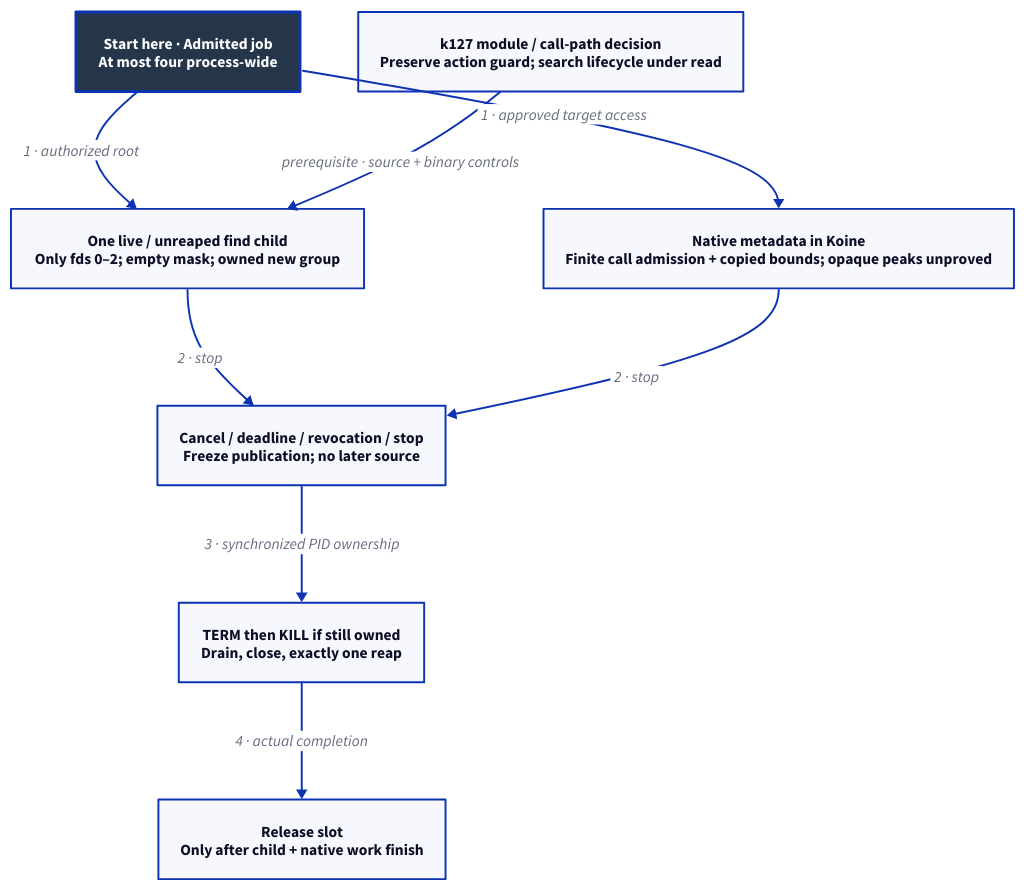
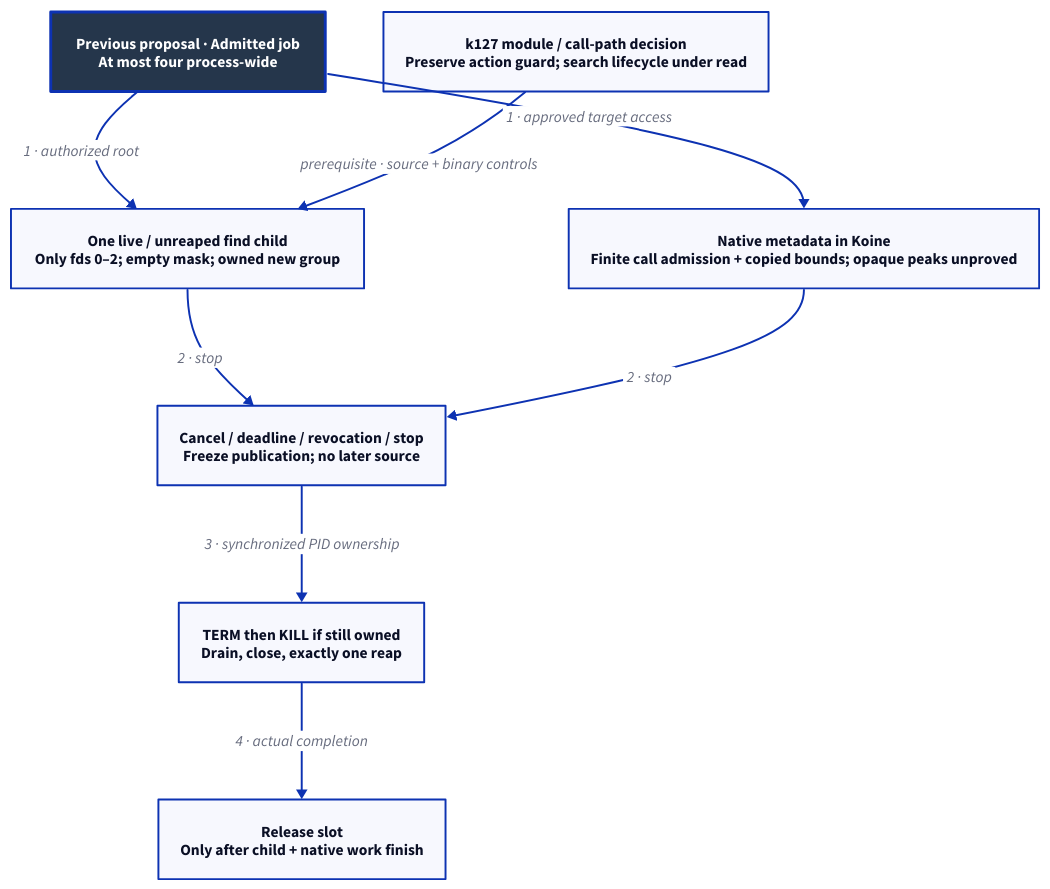
Before and after one commit to Linkuistics/Koine: the diagram in docs/design/architecture/search-resources.d2, drawn with D2. The commit also changed 138 other files, not shown here.

First line of the commit message:
Move raw search to clients and define v1 native discovery (search-tool-permissions-k196)

```diff
--- a/docs/design/architecture/search-resources.d2
+++ b/docs/design/architecture/search-resources.d2
@@ -1,19 +1,19 @@
-# Selected mechanism, subject to human choices/review/native acceptance.
+# Previous raw-search proposal only; not the current v1 API or backend.
 direction: down
 classes: {
   start: {style: {fill: "#25364B"; font-color: "#FFFFFF"; bold: true; stroke-width: 3}}
 }
-Start: "Start here · Admitted job\nAt most four process-wide" {class: start}
+Start: "Previous proposal · Admitted job\nAt most four process-wide" {class: start}
 Child: "One live / unreaped find child\nOnly fds 0–2; empty mask; owned new group"
 Native: "Native metadata in Koine\nFinite call admission + copied bounds; opaque peaks unproved"
 Boundary: "k127 module / call-path decision\nPreserve action guard; search lifecycle under read"
 Freeze: "Cancel / deadline / revocation / stop\nFreeze publication; no later source"
 Cleanup: "TERM then KILL if still owned\nDrain, close, exactly one reap"
 Release: "Release slot\nOnly after child + native work finish"
 Start -> Child: "1 · authorized root"
 Start -> Native: "1 · approved target access"
 Boundary -> Child: "prerequisite · source + binary controls"
 Child -> Freeze: "2 · stop"
 Native -> Freeze: "2 · stop"
 Freeze -> Cleanup: "3 · synchronized PID ownership"
 Cleanup -> Release: "4 · actual completion"
```
